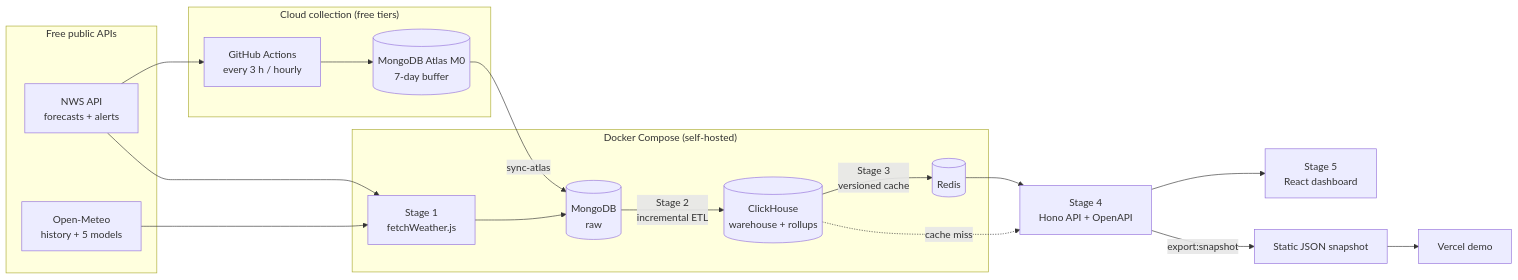
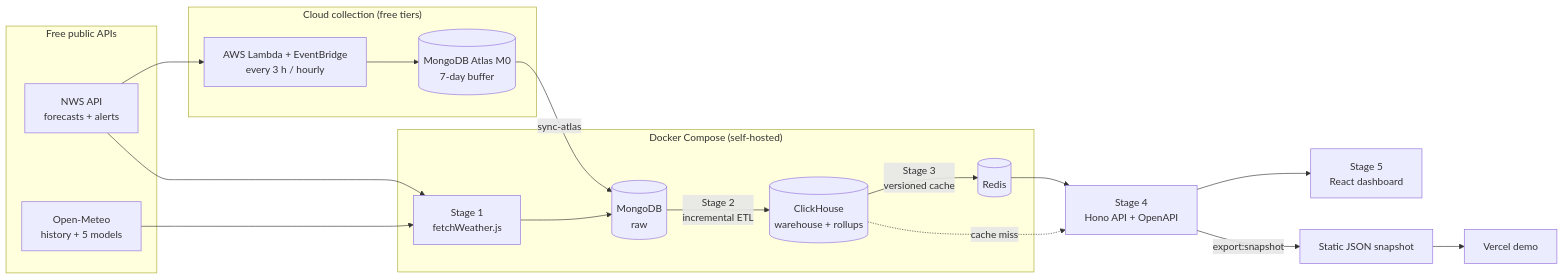
Before and after one commit to dangkhoa241/us-weather-pipeline: the first of 2 diagrams in README.md, drawn with Mermaid. The commit also changed other lines of this file and 6 other files, not shown here.

First line of the commit message:
Stage 6a part 3 deployed: NWS collection on Lambda, GitHub schedules off

````diff
--- a/README.md
+++ b/README.md
@@ -59,23 +59,23 @@
 ```mermaid
 flowchart LR
   subgraph Sources["Free public APIs"]
     NWS["NWS API<br/>forecasts + alerts"]
     OM["Open-Meteo<br/>history + 5 models"]
   end
   subgraph Cloud["Cloud collection (free tiers)"]
-    GHA["GitHub Actions<br/>every 3 h / hourly"] --> ATLAS[("MongoDB Atlas M0<br/>7-day buffer")]
+    GHA["AWS Lambda + EventBridge<br/>every 3 h / hourly"] --> ATLAS[("MongoDB Atlas M0<br/>7-day buffer")]
   end
   subgraph Local["Docker Compose (self-hosted)"]
     F["Stage 1<br/>fetchWeather.js"] --> M[("MongoDB<br/>raw")]
     M -->|"Stage 2<br/>incremental ETL"| CH[("ClickHouse<br/>warehouse + rollups")]
     CH -->|"Stage 3<br/>versioned cache"| R[("Redis")]
   end
   NWS --> GHA
   NWS --> F
   OM --> F
   ATLAS -->|sync-atlas| M
   R --> API["Stage 4<br/>Hono API + OpenAPI"]
   CH -.->|cache miss| API
   API --> UI["Stage 5<br/>React dashboard"]
   API -->|export:snapshot| SNAP["Static JSON snapshot"] --> VERCEL["Vercel demo"]
 ```
````
